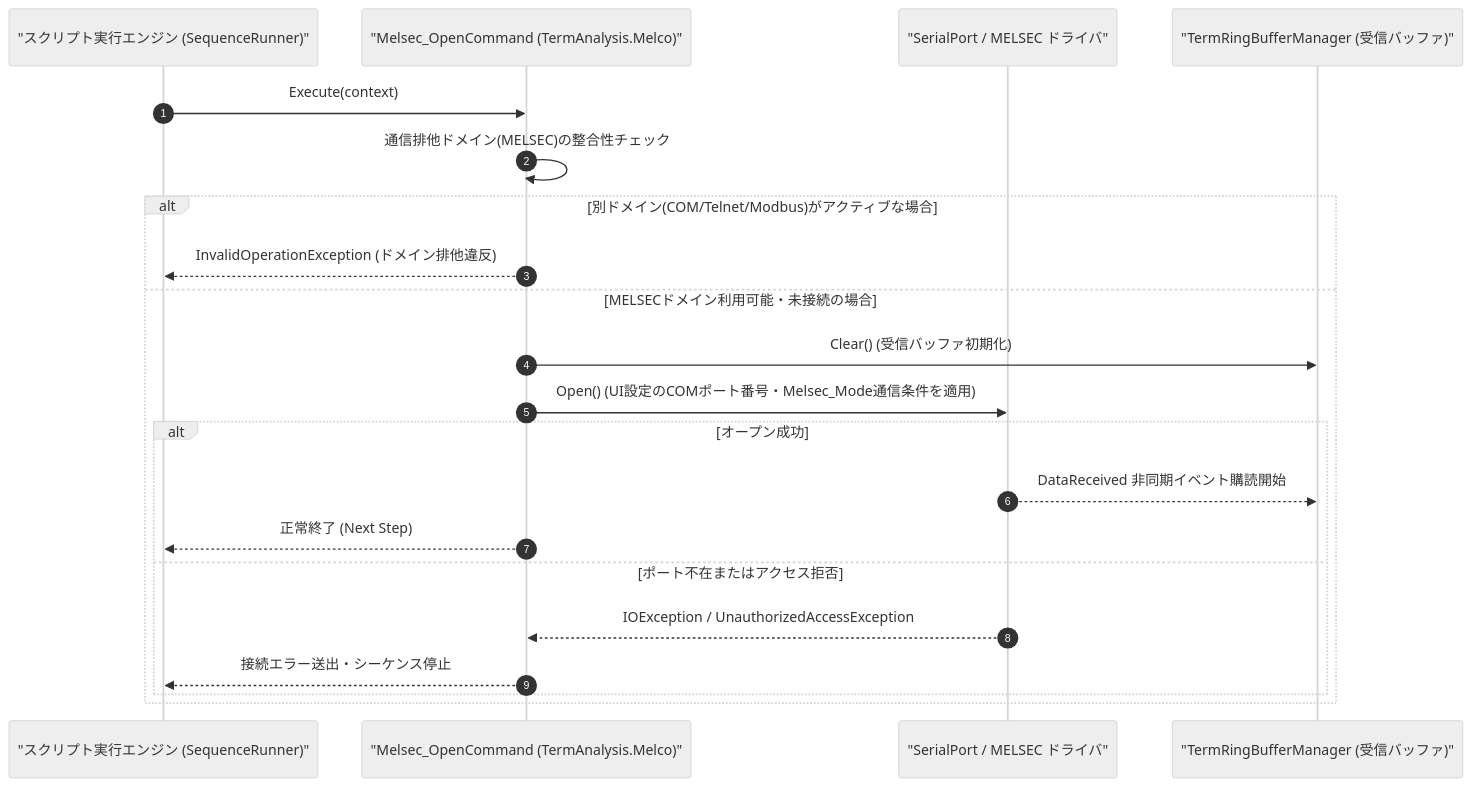
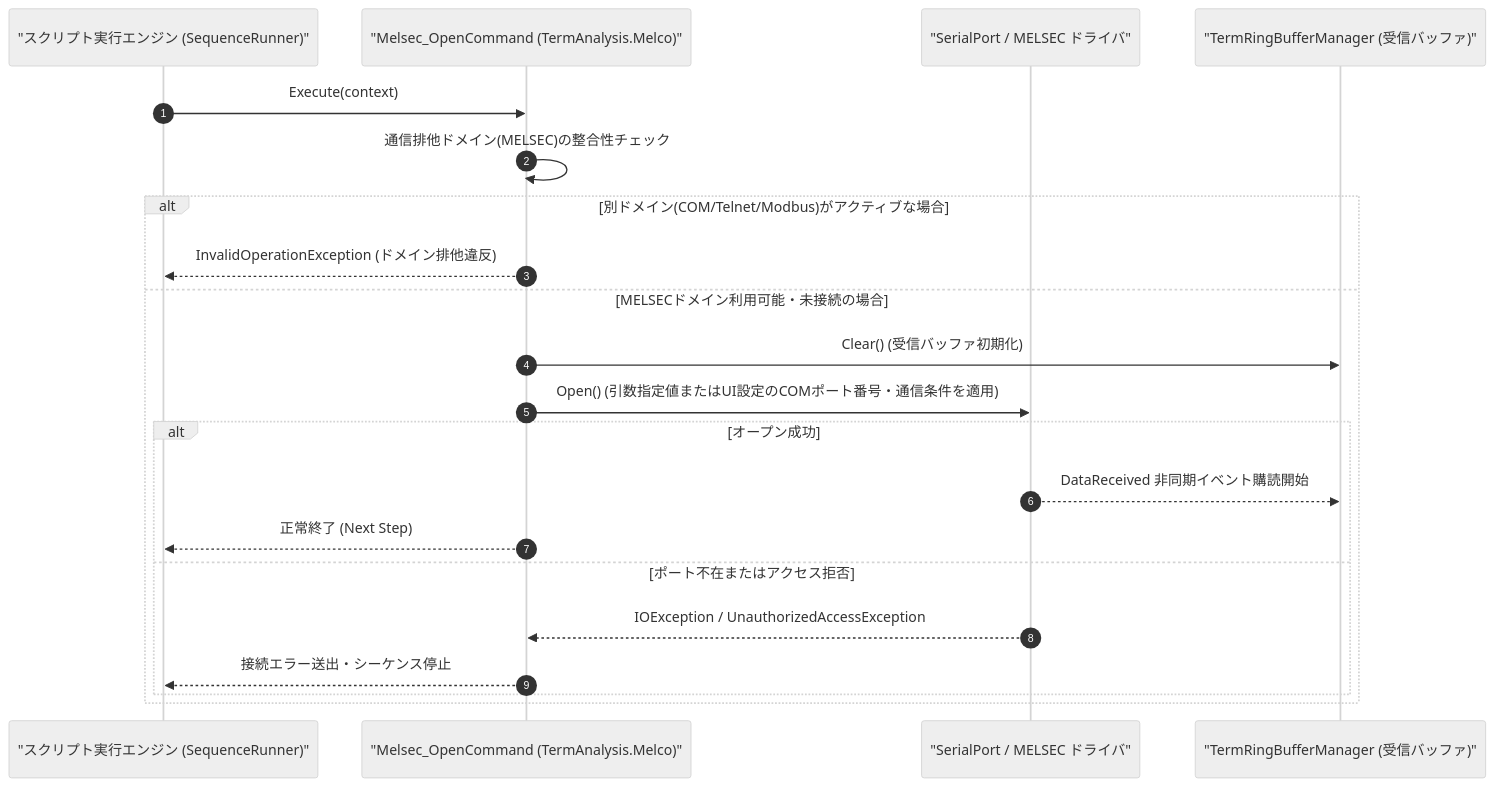
Before and after one commit to Monaca-App/TermAddIn: the diagram in Manual/Melco/Melsec_Open.Md, drawn with Mermaid (neutral theme). The commit also changed other lines of this file and 37 other files, not shown here.

````diff
--- a/Manual/Melco/Melsec_Open.Md
+++ b/Manual/Melco/Melsec_Open.Md
@@ -66,24 +72,24 @@
 ```mermaid
 sequenceDiagram
     autonumber
     participant Script as "スクリプト実行エンジン (SequenceRunner)"
     participant Cmd as "Melsec_OpenCommand (TermAnalysis.Melco)"
     participant Port as "SerialPort / MELSEC ドライバ"
     participant Buf as "TermRingBufferManager (受信バッファ)"
 
     Script->>Cmd: Execute(context)
     Cmd->>Cmd: 通信排他ドメイン(MELSEC)の整合性チェック
     alt 別ドメイン(COM/Telnet/Modbus)がアクティブな場合
         Cmd-->>Script: InvalidOperationException (ドメイン排他違反)
     else MELSECドメイン利用可能・未接続の場合
         Cmd->>Buf: Clear() (受信バッファ初期化)
-        Cmd->>Port: Open() (UI設定のCOMポート番号・Melsec_Mode通信条件を適用)
+        Cmd->>Port: Open() (引数指定値またはUI設定のCOMポート番号・通信条件を適用)
         alt オープン成功
             Port-->>Buf: DataReceived 非同期イベント購読開始
             Cmd-->>Script: 正常終了 (Next Step)
         else ポート不在またはアクセス拒否
             Port-->>Cmd: IOException / UnauthorizedAccessException
             Cmd-->>Script: 接続エラー送出・シーケンス停止
         end
     end
 ```
````
